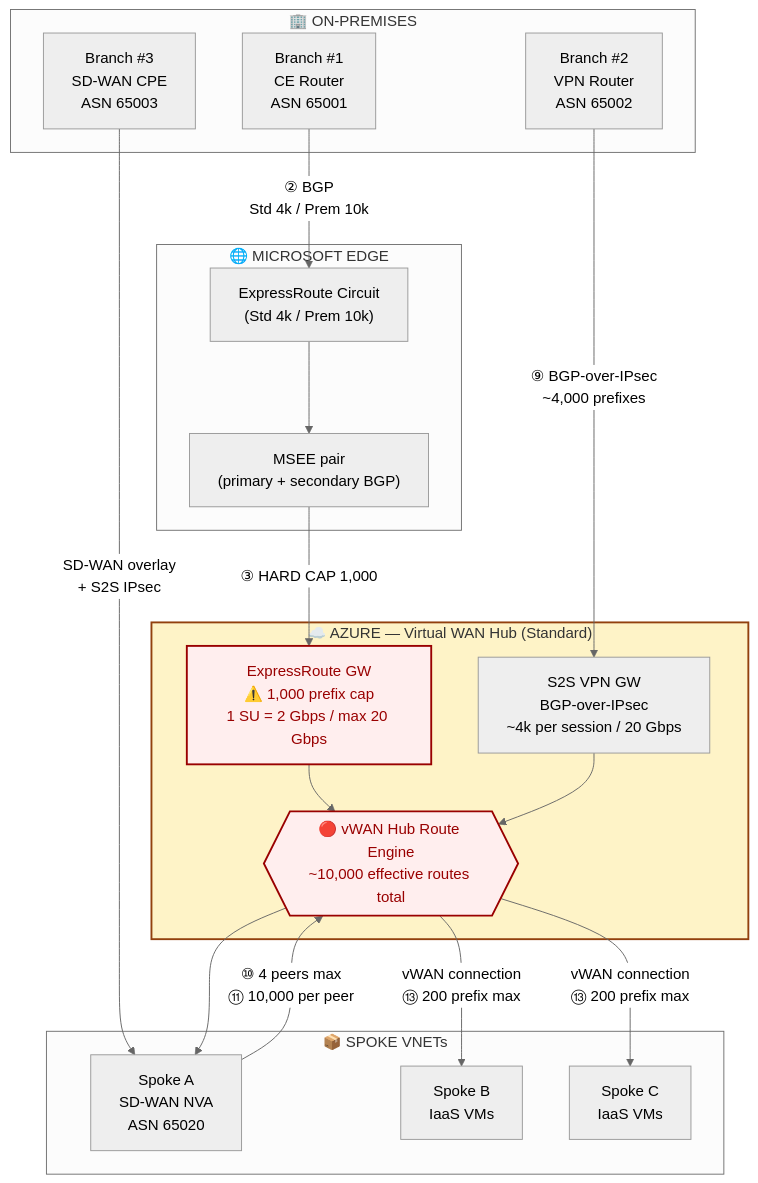
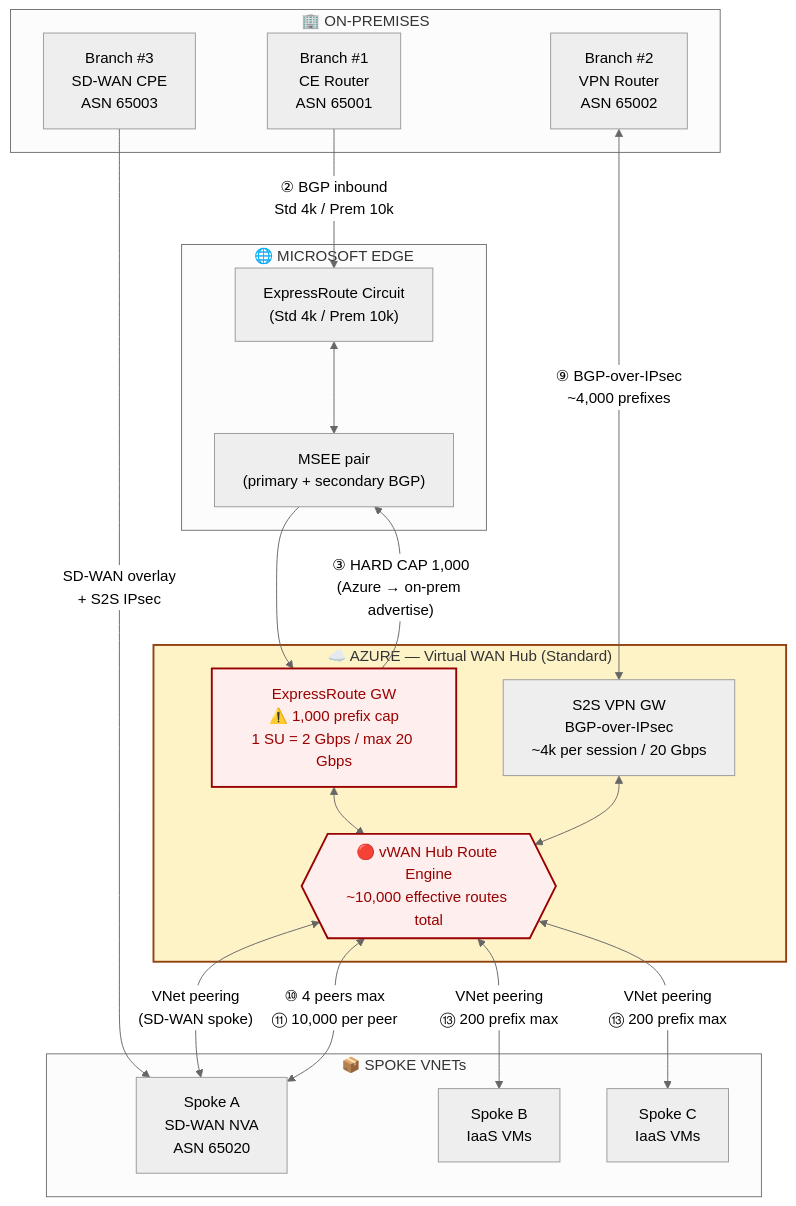
Before and after one commit to adtork/vwan-routing-limits: the first of 3 diagrams in README.md, drawn with Mermaid (neutral theme). The commit also changed other lines of this file, not shown here.

Commit message:
Fix ER GW->MSEE direction (1k cap), label VNet peering arrows

````diff
--- a/README.md
+++ b/README.md
@@ -21,45 +21,46 @@
 ```mermaid
 flowchart TB
     subgraph OnPrem["🏢 ON-PREMISES"]
         B1["Branch #1<br/>CE Router<br/>ASN 65001"]
         B2["Branch #2<br/>VPN Router<br/>ASN 65002"]
         B3["Branch #3<br/>SD-WAN CPE<br/>ASN 65003"]
     end
 
     subgraph Edge["🌐 MICROSOFT EDGE"]
         ERC["ExpressRoute Circuit<br/>(Std 4k / Prem 10k)"]
         MSEE["MSEE pair<br/>(primary + secondary BGP)"]
     end
 
     subgraph Hub["☁️ AZURE — Virtual WAN Hub (Standard)"]
         ERGW["ExpressRoute GW<br/>⚠️ 1,000 prefix cap<br/>1 SU = 2 Gbps / max 20 Gbps"]
         VPNGW["S2S VPN GW<br/>BGP-over-IPsec<br/>~4k per session / 20 Gbps"]
         ENGINE{{"🔴 vWAN Hub Route Engine<br/>~10,000 effective routes total"}}
     end
 
     subgraph Spokes["📦 SPOKE VNETs"]
         SA["Spoke A<br/>SD-WAN NVA<br/>ASN 65020"]
         SB["Spoke B<br/>IaaS VMs"]
         SC["Spoke C<br/>IaaS VMs"]
     end
 
-    B1 -->|"② BGP<br/>Std 4k / Prem 10k"| ERC
-    ERC --> MSEE
-    MSEE -->|"③ HARD CAP 1,000"| ERGW
-    ERGW --> ENGINE
+    B1 -->|"② BGP inbound<br/>Std 4k / Prem 10k"| ERC
+    ERC <--> MSEE
+    MSEE --> ERGW
+    ERGW -->|"③ HARD CAP 1,000<br/>(Azure → on-prem advertise)"| MSEE
+    ERGW <--> ENGINE
 
-    B2 -->|"⑨ BGP-over-IPsec<br/>~4,000 prefixes"| VPNGW
-    VPNGW --> ENGINE
+    B2 <-->|"⑨ BGP-over-IPsec<br/>~4,000 prefixes"| VPNGW
+    VPNGW <--> ENGINE
 
     B3 -->|"SD-WAN overlay<br/>+ S2S IPsec"| SA
-    SA -->|"⑩ 4 peers max<br/>⑪ 10,000 per peer"| ENGINE
+    SA <-->|"⑩ 4 peers max<br/>⑪ 10,000 per peer"| ENGINE
 
-    ENGINE -->|"vWAN connection<br/>⑬ 200 prefix max"| SB
-    ENGINE -->|"vWAN connection<br/>⑬ 200 prefix max"| SC
-    ENGINE --> SA
+    ENGINE <-->|"VNet peering<br/>⑬ 200 prefix max"| SB
+    ENGINE <-->|"VNet peering<br/>⑬ 200 prefix max"| SC
+    ENGINE <-->|"VNet peering<br/>(SD-WAN spoke)"| SA
 
     classDef cap fill:#fee,stroke:#900,stroke-width:2px,color:#900
     classDef hub fill:#fef3c7,stroke:#92400e,stroke-width:2px
     class ENGINE,ERGW cap
     class Hub hub
 ```
````
